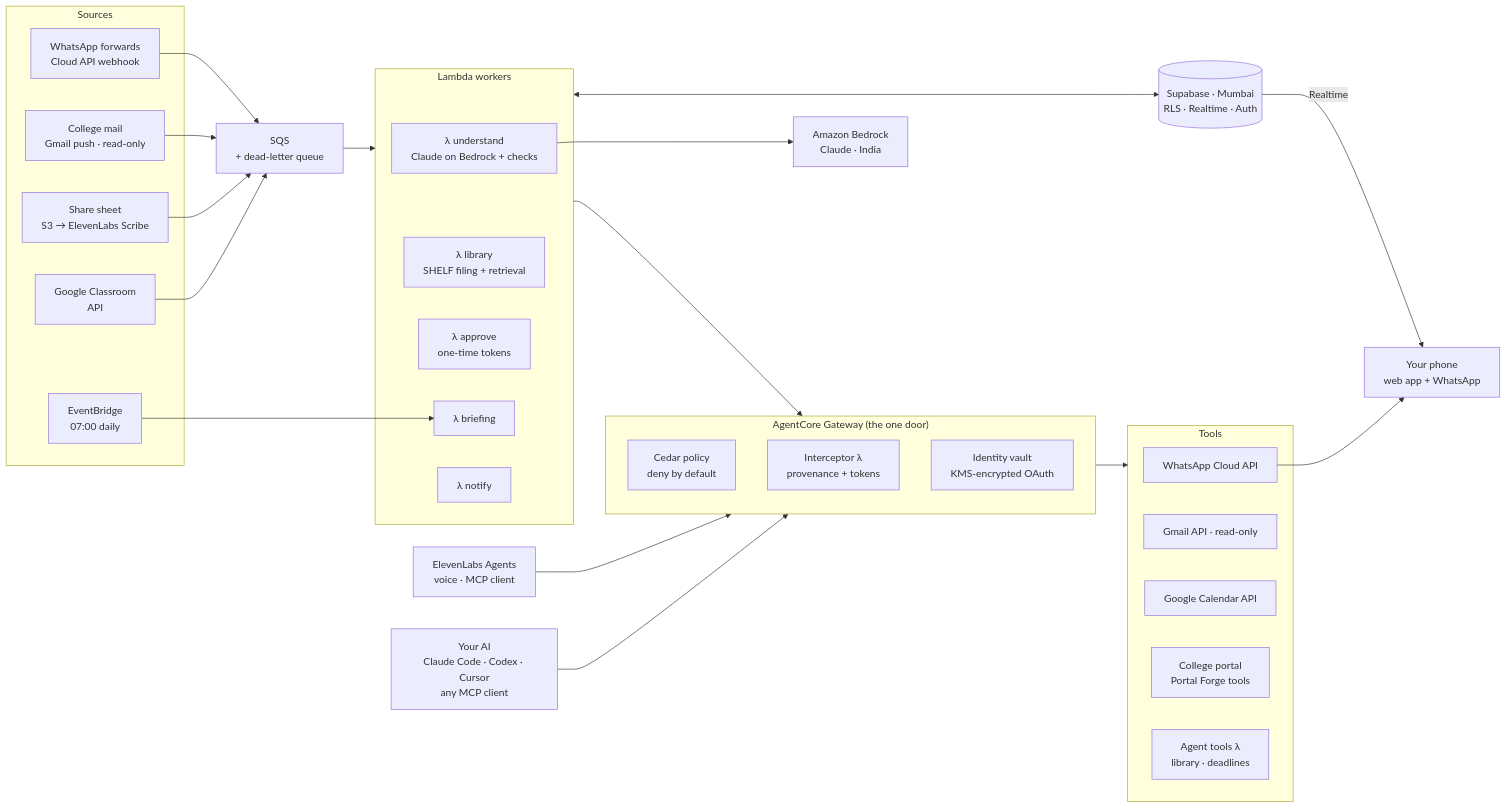
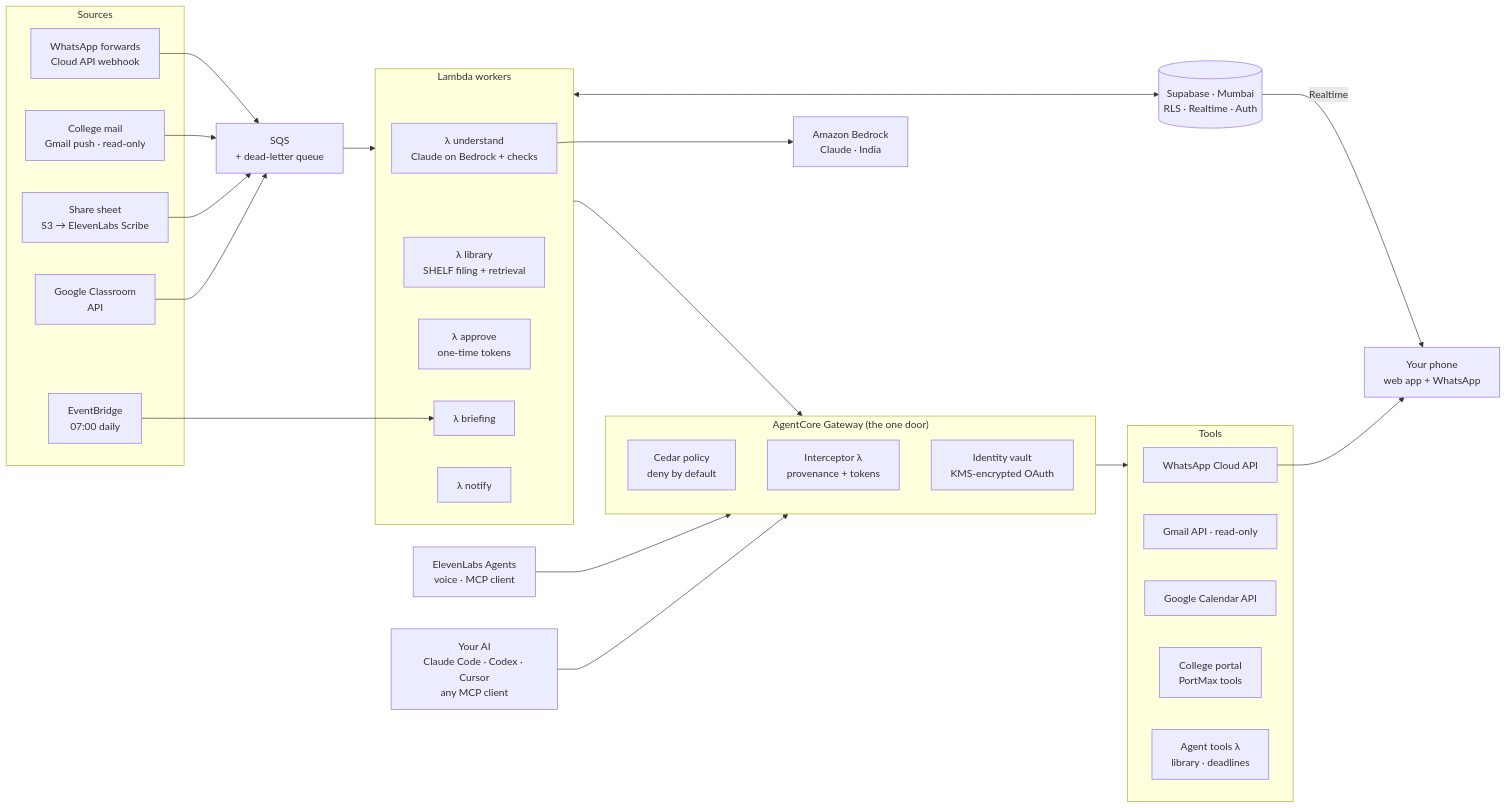
Before and after one commit to jnanottamgy/7even5ive: the diagram in docs/architecture.md, drawn with Mermaid. The commit also changed other lines of this file and 5 other files, not shown here.

First line of the commit message:
Rename Portal Forge to PortMax

````diff
--- a/docs/architecture.md
+++ b/docs/architecture.md
@@ -8,55 +8,55 @@
 ```mermaid
 flowchart LR
   subgraph In["Sources"]
     WA["WhatsApp forwards<br/>Cloud API webhook"]
     GM["College mail<br/>Gmail push · read-only"]
     SS["Share sheet<br/>S3 → ElevenLabs Scribe"]
     GC["Google Classroom<br/>API"]
     EB["EventBridge<br/>07:00 daily"]
   end
 
   Q["SQS<br/>+ dead-letter queue"]
 
   subgraph W["Lambda workers"]
     U["λ understand<br/>Claude on Bedrock + checks"]
     L["λ library<br/>SHELF filing + retrieval"]
     A["λ approve<br/>one-time tokens"]
     B["λ briefing"]
     N["λ notify"]
   end
   EL["ElevenLabs Agents<br/>voice · MCP client"]
   YA["Your AI<br/>Claude Code · Codex · Cursor<br/>any MCP client"]
 
   subgraph GW["AgentCore Gateway (the one door)"]
     CP["Cedar policy<br/>deny by default"]
     IC["Interceptor λ<br/>provenance + tokens"]
     ID["Identity vault<br/>KMS-encrypted OAuth"]
   end
 
   subgraph T["Tools"]
     WT["WhatsApp Cloud API"]
     GT["Gmail API · read-only"]
     CT["Google Calendar API"]
-    PT["College portal<br/>Portal Forge tools"]
+    PT["College portal<br/>PortMax tools"]
     AT["Agent tools λ<br/>library · deadlines"]
   end
 
   SB[("Supabase · Mumbai<br/>RLS · Realtime · Auth")]
   BR["Amazon Bedrock<br/>Claude · India"]
   PH["Your phone<br/>web app + WhatsApp"]
 
   WA --> Q
   GM --> Q
   SS --> Q
   GC --> Q
   Q --> W
   EB --> B
   W --> GW
   EL --> GW
   YA --> GW
   GW --> T
   W <--> SB
   U --> BR
   SB -->|Realtime| PH
   WT --> PH
 ```
````
